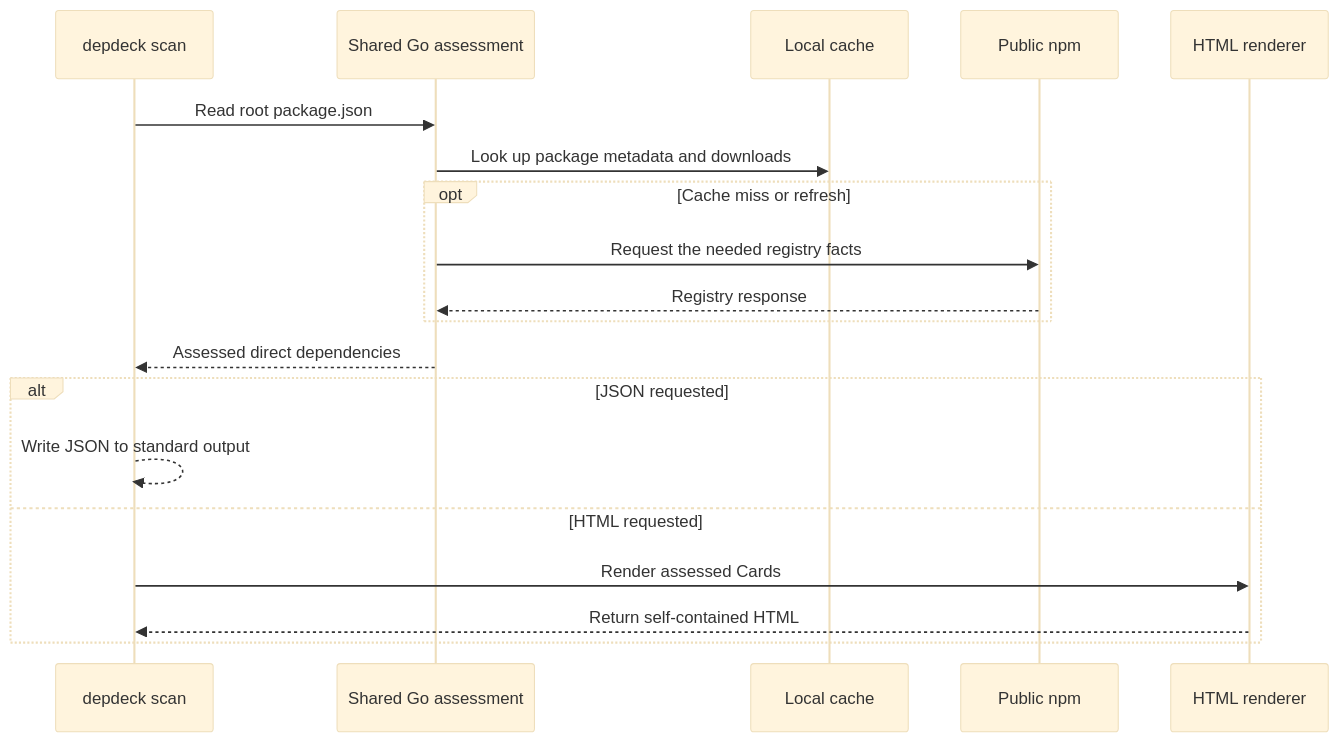
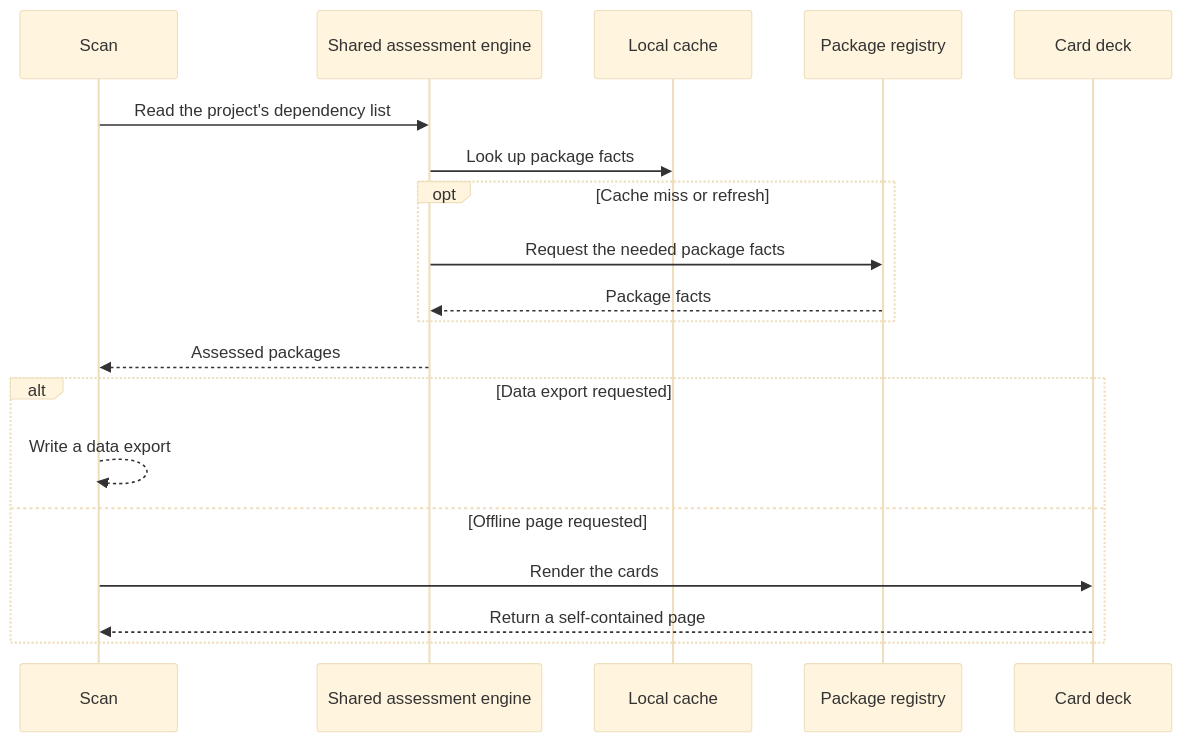
One commit to pragatikumari0927/depdeck changed the diagram in README.md. Above: the diagram before and after it, drawn with Mermaid (base theme). The commit also changed other lines of this file and 8 other files, not shown here.

First line of the commit message:
docs(readme): refresh Pixel Archive demo and architecture (#96)

````diff
--- a/README.md
+++ b/README.md
@@ -182,21 +189,21 @@
 ```mermaid
 sequenceDiagram
-  participant CLI as depdeck scan
-  participant Core as Shared Go assessment
+  participant Scan as Scan
+  participant Engine as Shared assessment engine
   participant Cache as Local cache
-  participant NPM as Public npm
-  participant HTML as HTML renderer
-  CLI->>Core: Read root package.json
-  Core->>Cache: Look up package metadata and downloads
+  participant Registry as Package registry
+  participant Deck as Card deck
+  Scan->>Engine: Read the project's dependency list
+  Engine->>Cache: Look up package facts
   opt Cache miss or refresh
-    Core->>NPM: Request the needed registry facts
-    NPM-->>Core: Registry response
+    Engine->>Registry: Request the needed package facts
+    Registry-->>Engine: Package facts
   end
-  Core-->>CLI: Assessed direct dependencies
-  alt JSON requested
-    CLI-->>CLI: Write JSON to standard output
-  else HTML requested
-    CLI->>HTML: Render assessed Cards
-    HTML-->>CLI: Return self-contained HTML
+  Engine-->>Scan: Assessed packages
+  alt Data export requested
+    Scan-->>Scan: Write a data export
+  else Offline page requested
+    Scan->>Deck: Render the cards
+    Deck-->>Scan: Return a self-contained page
   end
 ```
````
